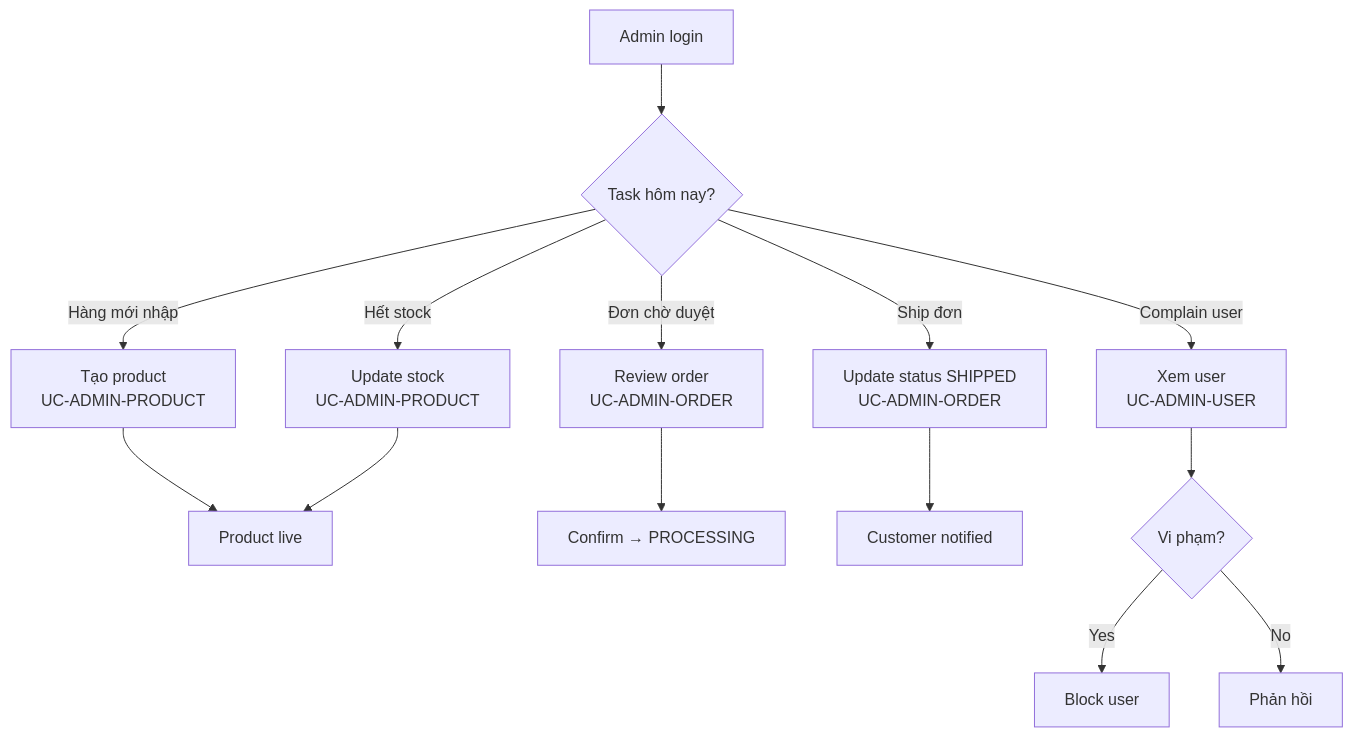
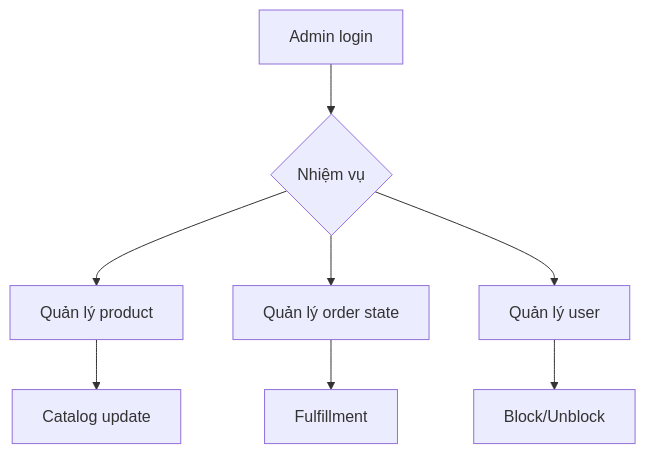
The second of 2 diagrams in strategy/01-user-journeys.md (dminhduc250136/ptit_htpt), drawn with Mermaid before and after one commit. The commit also changed other lines of this file and 30 other files, not shown here.

````diff
--- a/strategy/01-user-journeys.md
+++ b/strategy/01-user-journeys.md
@@ -85,16 +35,10 @@
 ```mermaid
 flowchart TD
-    A[Admin login] --> B{Task hôm nay?}
-    B -->|Hàng mới nhập| C[Tạo product<br/>UC-ADMIN-PRODUCT]
-    B -->|Hết stock| D[Update stock<br/>UC-ADMIN-PRODUCT]
-    B -->|Đơn chờ duyệt| E[Review order<br/>UC-ADMIN-ORDER]
-    B -->|Ship đơn| F[Update status SHIPPED<br/>UC-ADMIN-ORDER]
-    B -->|Complain user| G[Xem user<br/>UC-ADMIN-USER]
-    C --> H[Product live]
-    D --> H
-    E --> I[Confirm → PROCESSING]
-    F --> J[Customer notified]
-    G --> K{Vi phạm?}
-    K -->|Yes| L[Block user]
-    K -->|No| M[Phản hồi]
+    A[Admin login] --> B{Nhiệm vụ}
+    B --> C[Quản lý product]
+    B --> D[Quản lý order state]
+    B --> E[Quản lý user]
+    C --> F[Catalog update]
+    D --> G[Fulfillment]
+    E --> H[Block/Unblock]
 ```
````
